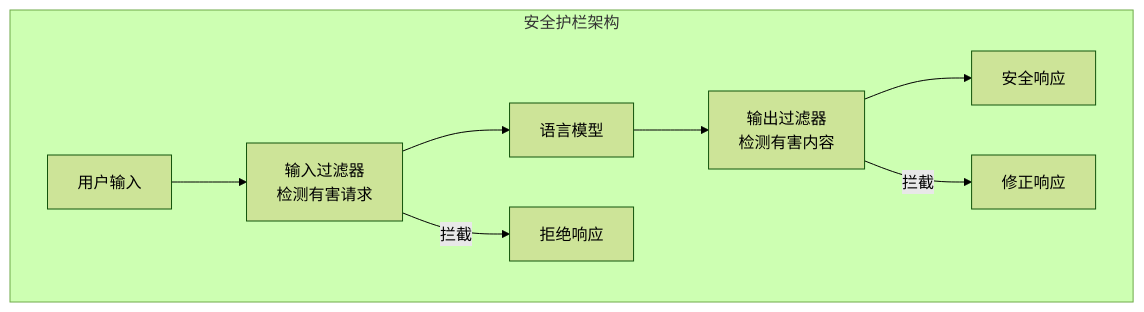
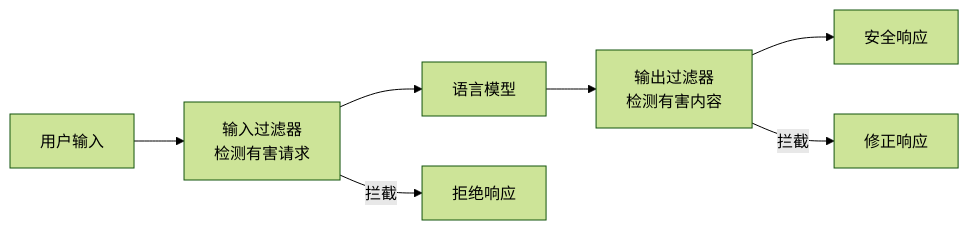
The second of 3 diagrams in docs/language-models/frontier/evaluation-safety.md (fenixsoft/dmla), drawn with Mermaid (forest theme) before and after one commit. The commit also changed other lines of this file and 23 other files, not shown here.

````diff
--- a/docs/language-models/frontier/evaluation-safety.md
+++ b/docs/language-models/frontier/evaluation-safety.md
@@ -591,12 +125,10 @@
-```mermaid
-graph TB
-    subgraph 安全护栏架构
+```mermaid compact
+graph LR
         U["用户输入"] --> G1["输入过滤器<br/>检测有害请求"]
         G1 --> M["语言模型"]
         M --> G2["输出过滤器<br/>检测有害内容"]
         G2 --> R["安全响应"]
         
         G1 -->|拦截| B1["拒绝响应"]
         G2 -->|拦截| B2["修正响应"]
-    end
 ```
````
